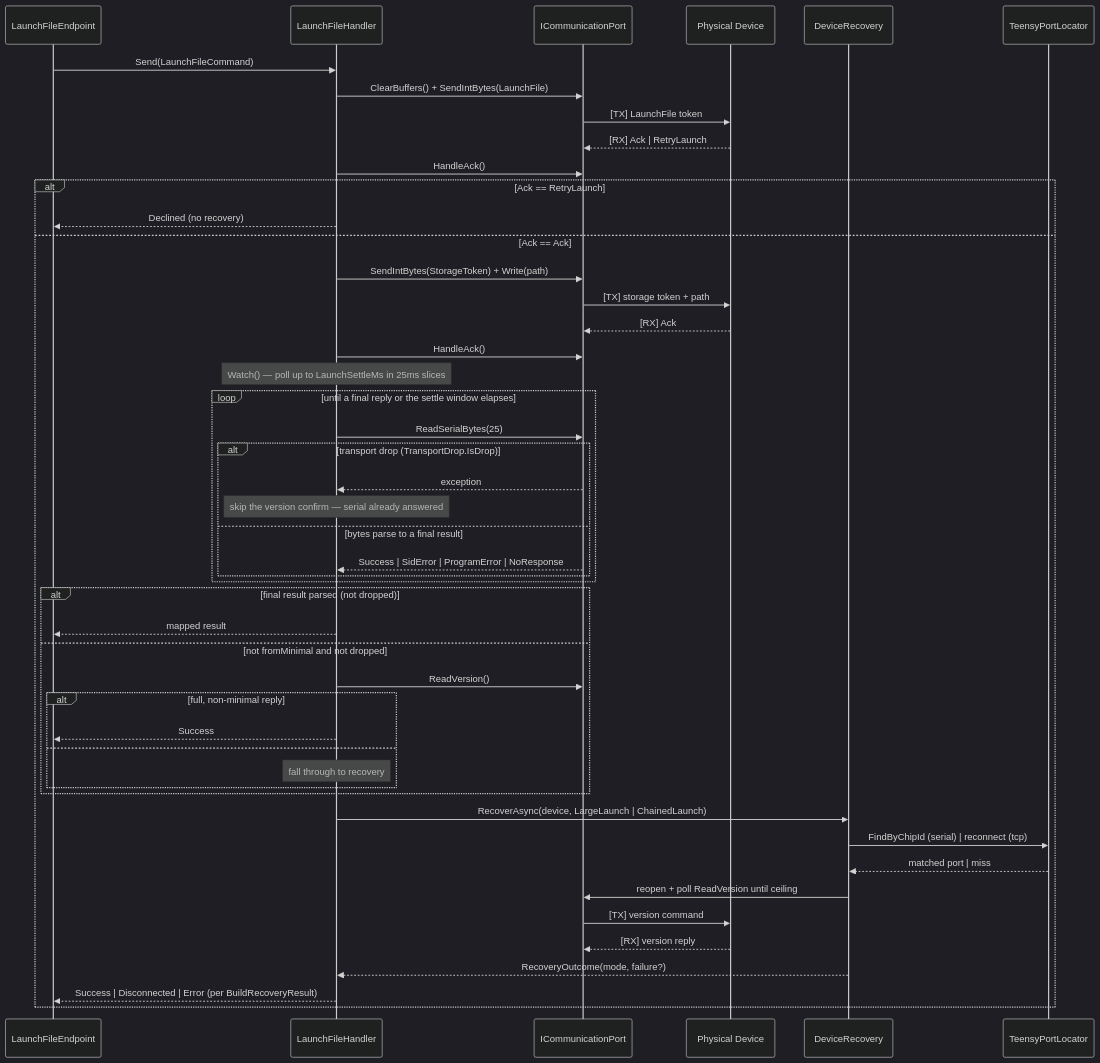
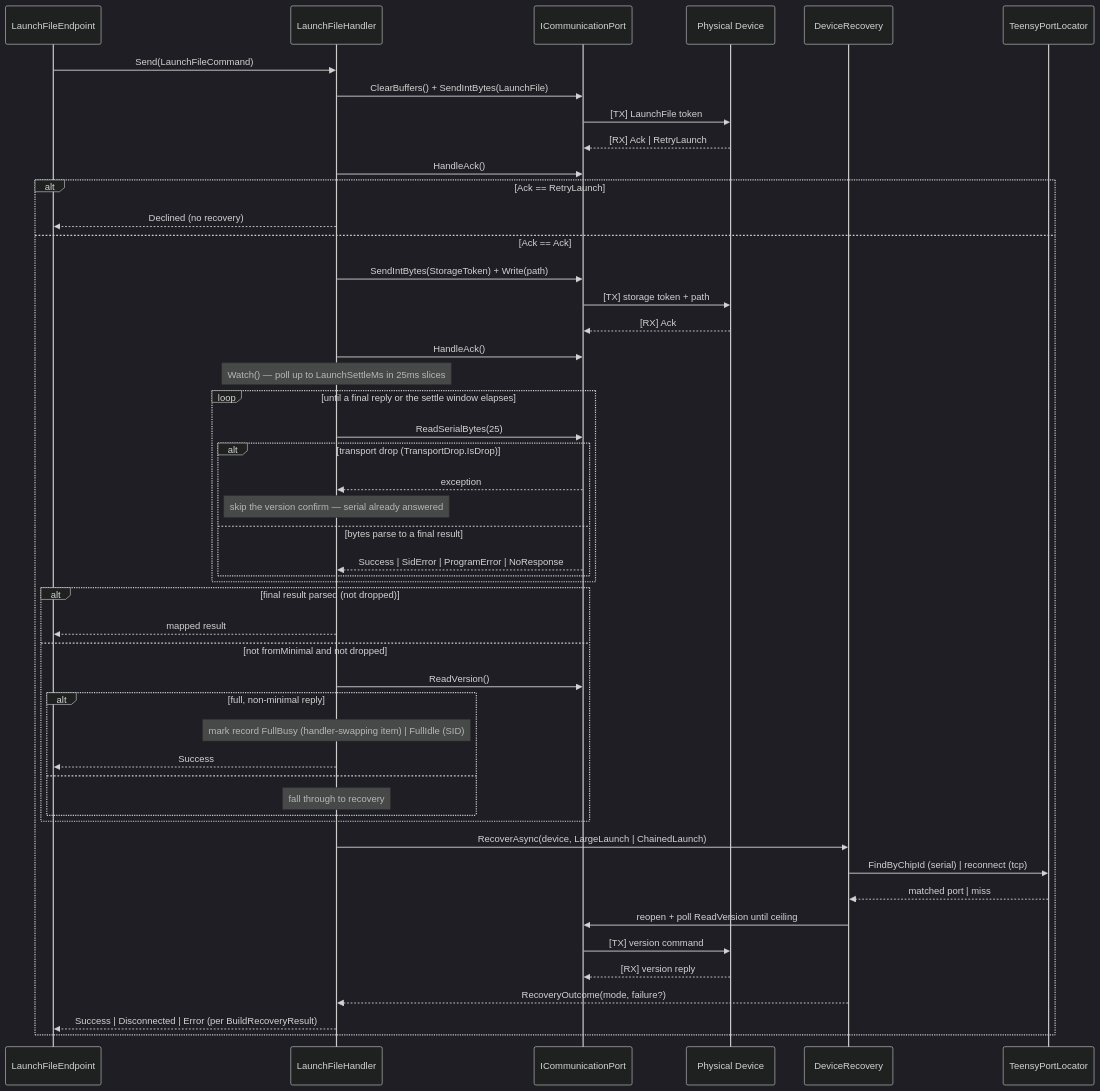
One commit to MetalHexx/TeensyROM-Web changed the third of 4 diagrams in src/.claude/skills/backend-architecture/references/BACKEND_ARCHITECTURE.md. Above: the diagram before and after it, drawn with Mermaid. The commit also changed other lines of this file and 4 other files, not shown here.

````diff
--- a/src/.claude/skills/backend-architecture/references/BACKEND_ARCHITECTURE.md
+++ b/src/.claude/skills/backend-architecture/references/BACKEND_ARCHITECTURE.md
@@ -430,56 +431,57 @@
 ```mermaid
 %%{init: {'theme': 'dark', 'primaryColor': '#5a2c6b', 'primaryBorderColor': '#7d3fa3', 'primaryTextColor': '#fff', 'secondaryColor': '#0066cc', 'secondaryBorderColor': '#0052a3', 'tertiaryColor': '#2d7a3e', 'tertiaryBorderColor': '#1f5a2e', 'lineColor': '#b3b3b3', 'tertiaryTextColor': '#fff'}}%%
 sequenceDiagram
     participant EP as LaunchFileEndpoint
     participant H as LaunchFileHandler
     participant P as ICommunicationPort
     participant D as Physical Device
     participant R as DeviceRecovery
     participant L as TeensyPortLocator
 
     EP->>H: Send(LaunchFileCommand)
     H->>P: ClearBuffers() + SendIntBytes(LaunchFile)
     P->>D: [TX] LaunchFile token
     D-->>P: [RX] Ack | RetryLaunch
     H->>P: HandleAck()
 
     alt Ack == RetryLaunch
         H-->>EP: Declined (no recovery)
     else Ack == Ack
         H->>P: SendIntBytes(StorageToken) + Write(path)
         P->>D: [TX] storage token + path
         D-->>P: [RX] Ack
         H->>P: HandleAck()
 
         Note over H: Watch() — poll up to LaunchSettleMs in 25ms slices
         loop until a final reply or the settle window elapses
             H->>P: ReadSerialBytes(25)
             alt transport drop (TransportDrop.IsDrop)
                 P-->>H: exception
                 Note over H: skip the version confirm — serial already answered
             else bytes parse to a final result
                 P-->>H: Success | SidError | ProgramError | NoResponse
             end
         end
 
         alt final result parsed (not dropped)
             H-->>EP: mapped result
         else not fromMinimal and not dropped
             H->>P: ReadVersion()
             alt full, non-minimal reply
+                Note over H: mark record FullBusy (handler-swapping item) | FullIdle (SID)
                 H-->>EP: Success
             else
                 Note over H: fall through to recovery
             end
         end
 
         H->>R: RecoverAsync(device, LargeLaunch | ChainedLaunch)
         R->>L: FindByChipId (serial) | reconnect (tcp)
         L-->>R: matched port | miss
         R->>P: reopen + poll ReadVersion until ceiling
         P->>D: [TX] version command
         D-->>P: [RX] version reply
         R-->>H: RecoveryOutcome(mode, failure?)
         H-->>EP: Success | Disconnected | Error (per BuildRecoveryResult)
     end
 ```
````
